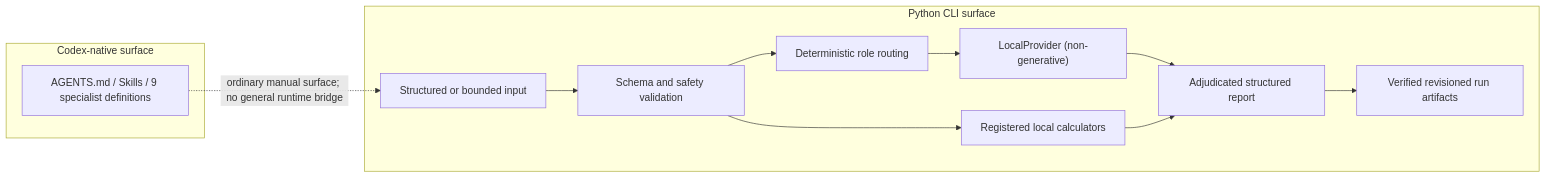
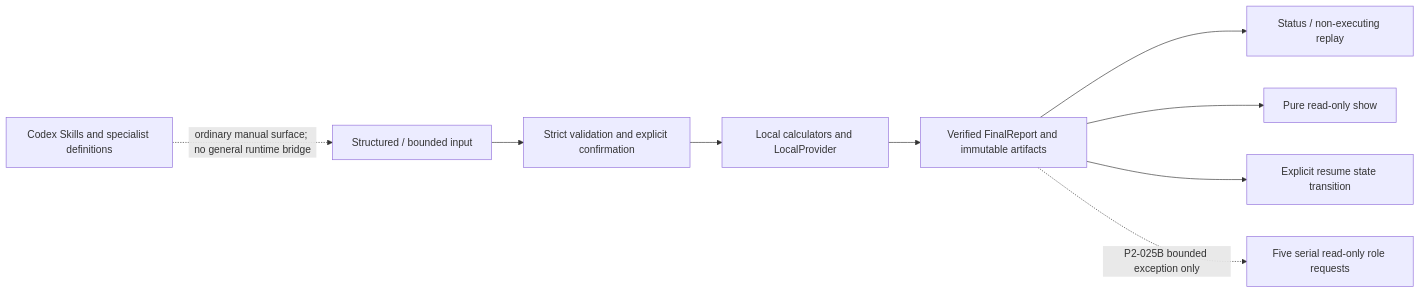
One commit to guriguri215-lang/poker-deliberation-framework changed the diagram in README.md. Above: the diagram before and after it, drawn with Mermaid. The commit also changed other lines of this file and 28 other files, not shown here.

Commit message:
Add verified bounded river report view

````diff
--- a/README.md
+++ b/README.md
@@ -79,18 +167,11 @@
 ```mermaid
 flowchart LR
-  subgraph Codex["Codex-native surface"]
-    C["AGENTS.md / Skills / 9 specialist definitions"]
-  end
-
-  subgraph Python["Python CLI surface"]
-    I["Structured or bounded input"] --> V["Schema and safety validation"]
-    V --> R["Deterministic role routing"]
-    R --> L["LocalProvider (non-generative)"]
-    V --> T["Registered local calculators"]
-    L --> A["Adjudicated structured report"]
-    T --> A
-    A --> S["Verified revisioned run artifacts"]
-  end
-
-  C -. "ordinary manual surface; no general runtime bridge" .-> I
+  I["Structured / bounded input"] --> V["Strict validation and explicit confirmation"]
+  V --> T["Local calculators and LocalProvider"]
+  T --> A["Verified FinalReport and immutable artifacts"]
+  A --> S["Status / non-executing replay"]
+  A --> P["Pure read-only show"]
+  A --> R["Explicit resume state transition"]
+  C["Codex Skills and specialist definitions"] -. "ordinary manual surface; no general runtime bridge" .-> I
+  A -. "P2-025B bounded exception only" .-> B["Five serial read-only role requests"]
 ```
````
